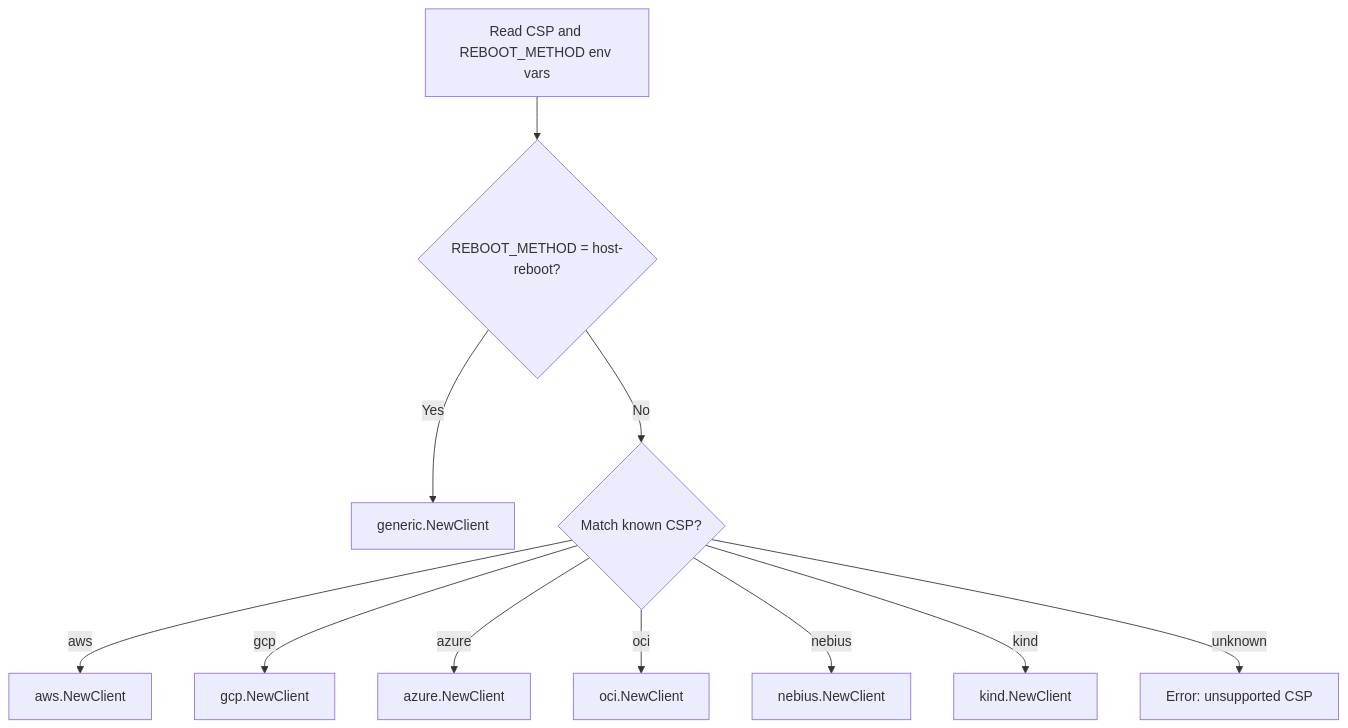
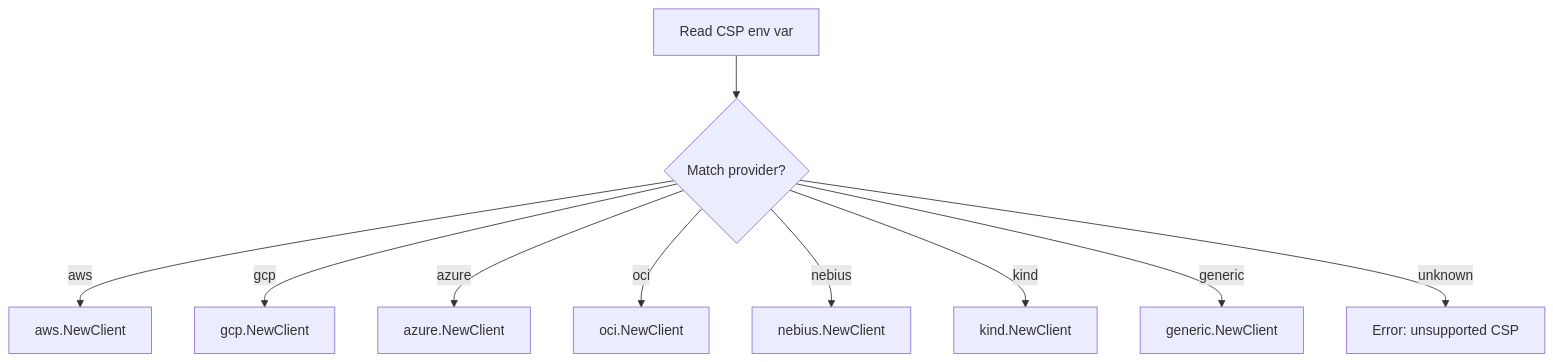
One commit to XRFXLP/NVSentinel changed the second of 4 diagrams in docs/designs/028-generic-baremetal-reboot-provider.md. Above: the diagram before and after it, drawn with Mermaid. The commit also changed other lines of this file, not shown here.

````diff
--- a/docs/designs/028-generic-baremetal-reboot-provider.md
+++ b/docs/designs/028-generic-baremetal-reboot-provider.md
@@ -44,13 +42,12 @@
 ```mermaid
 flowchart TD
-    Start["Read CSP and REBOOT_METHOD env vars"] --> CheckMethod{"REBOOT_METHOD = host-reboot?"}
-    CheckMethod -->|Yes| GEN["generic.NewClient"]
-    CheckMethod -->|No| Switch{"Match known CSP?"}
+    Start["Read CSP env var"] --> Switch{"Match provider?"}
     Switch -->|aws| AWS[aws.NewClient]
     Switch -->|gcp| GCP[gcp.NewClient]
     Switch -->|azure| AZR[azure.NewClient]
     Switch -->|oci| OCI[oci.NewClient]
     Switch -->|nebius| NEB[nebius.NewClient]
     Switch -->|kind| KND[kind.NewClient]
+    Switch -->|generic| GEN[generic.NewClient]
     Switch -->|unknown| ERR["Error: unsupported CSP"]
 ```
````
